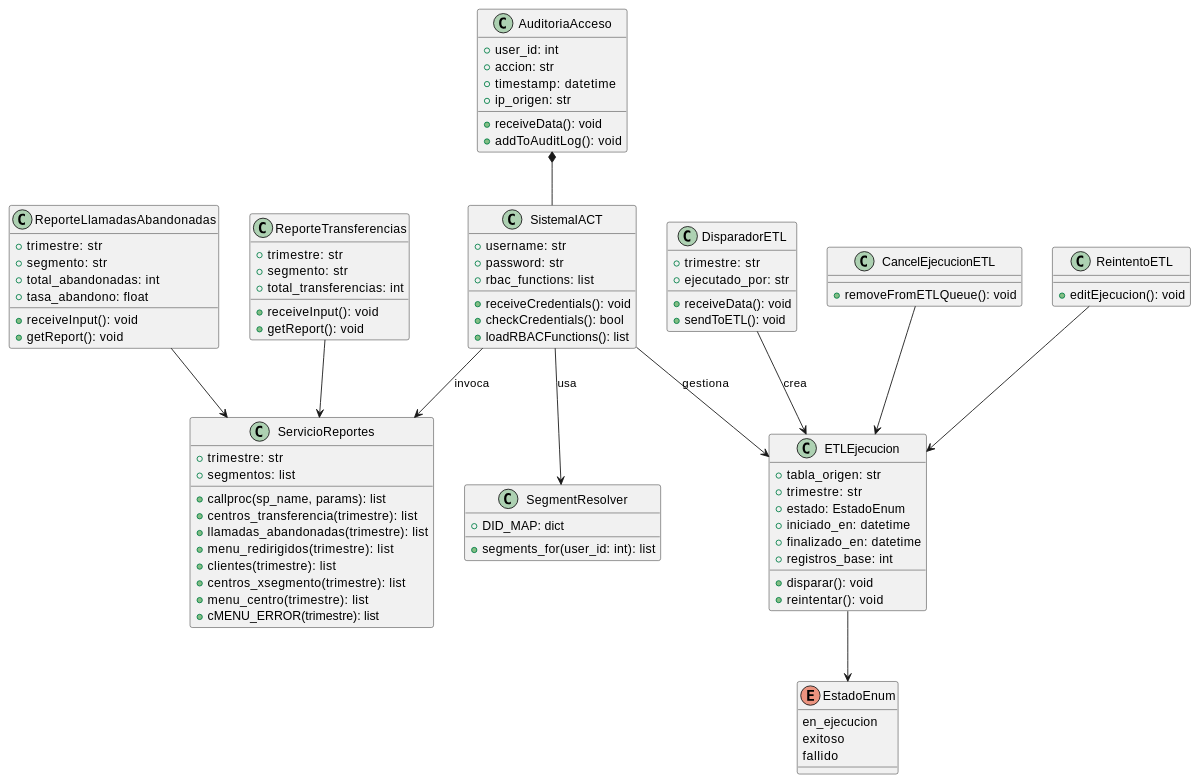
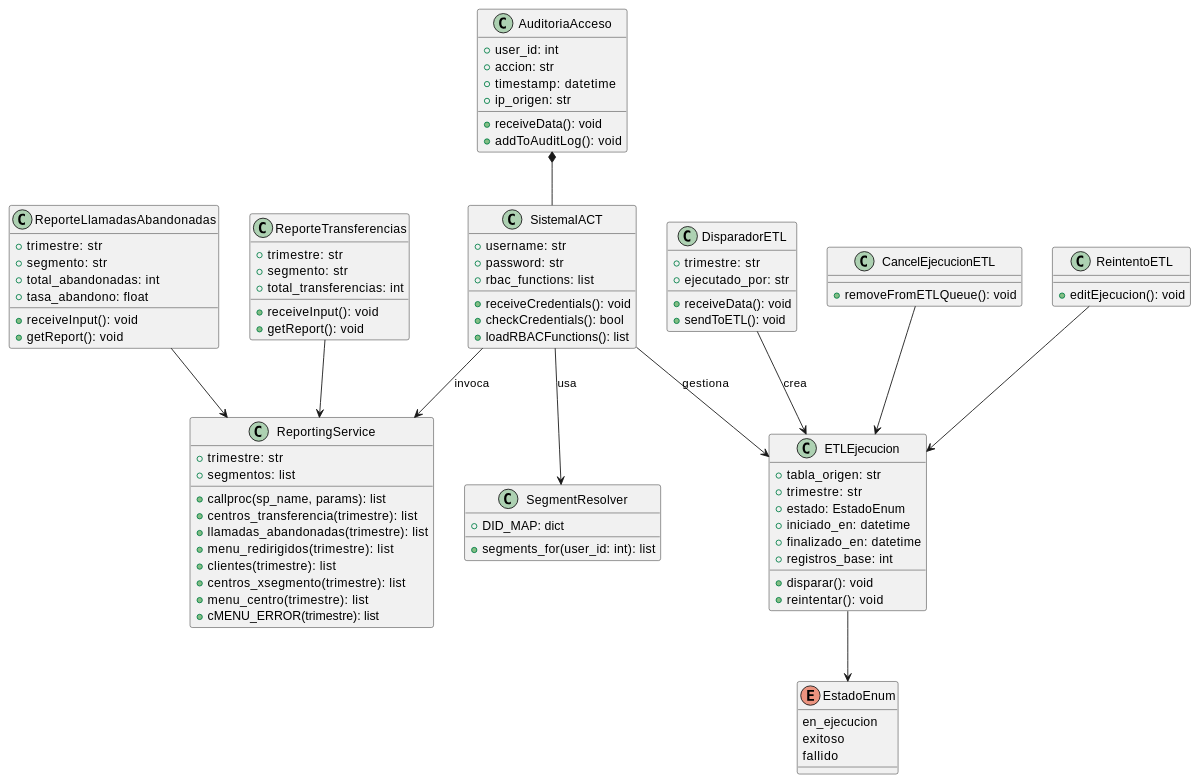
One commit to jcg-admin/IACT-docs changed the diagram in source/arquitectura-tecnica/system-view/clases-sistema-iact.rst. Above: the diagram before and after it, drawn with PlantUML. The commit also changed other lines of this file and 79 other files, not shown here.

```diff
--- a/source/arquitectura-tecnica/system-view/clases-sistema-iact.rst
+++ b/source/arquitectura-tecnica/system-view/clases-sistema-iact.rst
@@ -45,7 +45,7 @@
    +segments_for(user_id: int): list
  }
 
- class ServicioReportes {
+ class ReportingService {
    +trimestre: str
    +segmentos: list
    +callproc(sp_name, params): list
@@ -117,11 +117,11 @@
  }
 
  SistemaIACT --> SegmentResolver : usa
- SistemaIACT --> ServicioReportes : invoca
+ SistemaIACT --> ReportingService : invoca
  SistemaIACT --> ETLEjecucion : gestiona
  DisparadorETL --> ETLEjecucion : crea
- ReporteLlamadasAbandonadas --> ServicioReportes
- ReporteTransferencias --> ServicioReportes
+ ReporteLlamadasAbandonadas --> ReportingService
+ ReporteTransferencias --> ReportingService
  AuditoriaAcceso *-- SistemaIACT
  ReintentoETL --> ETLEjecucion
  CancelEjecucionETL --> ETLEjecucion
```
